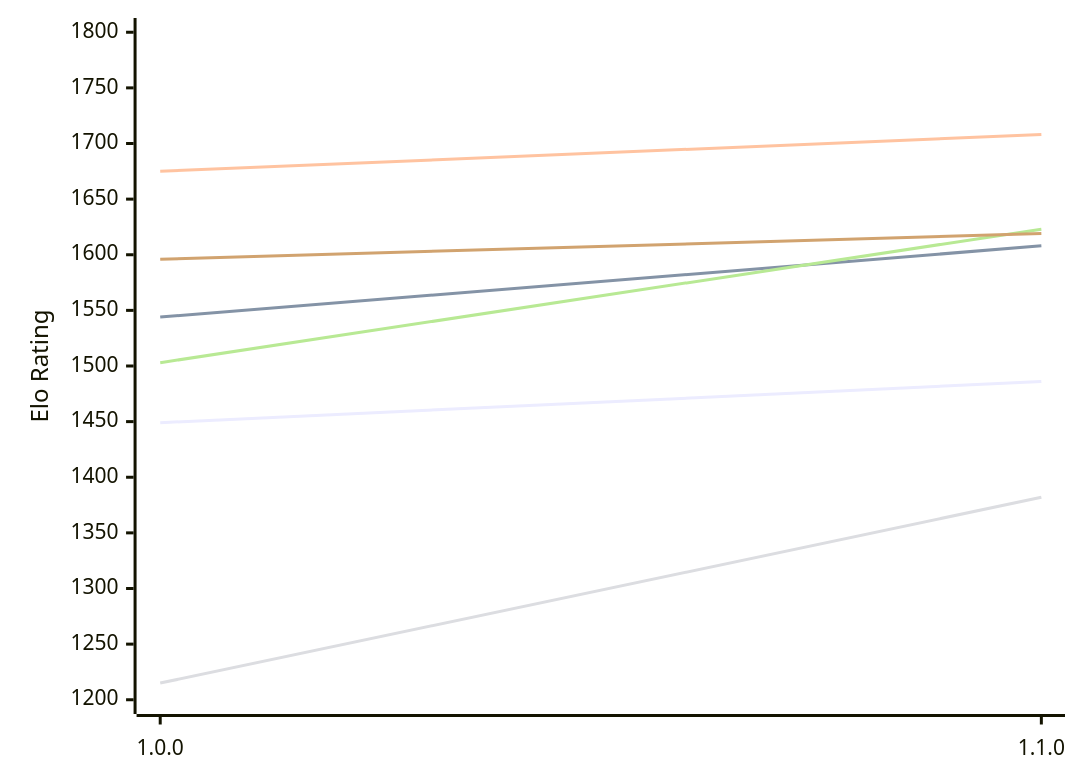
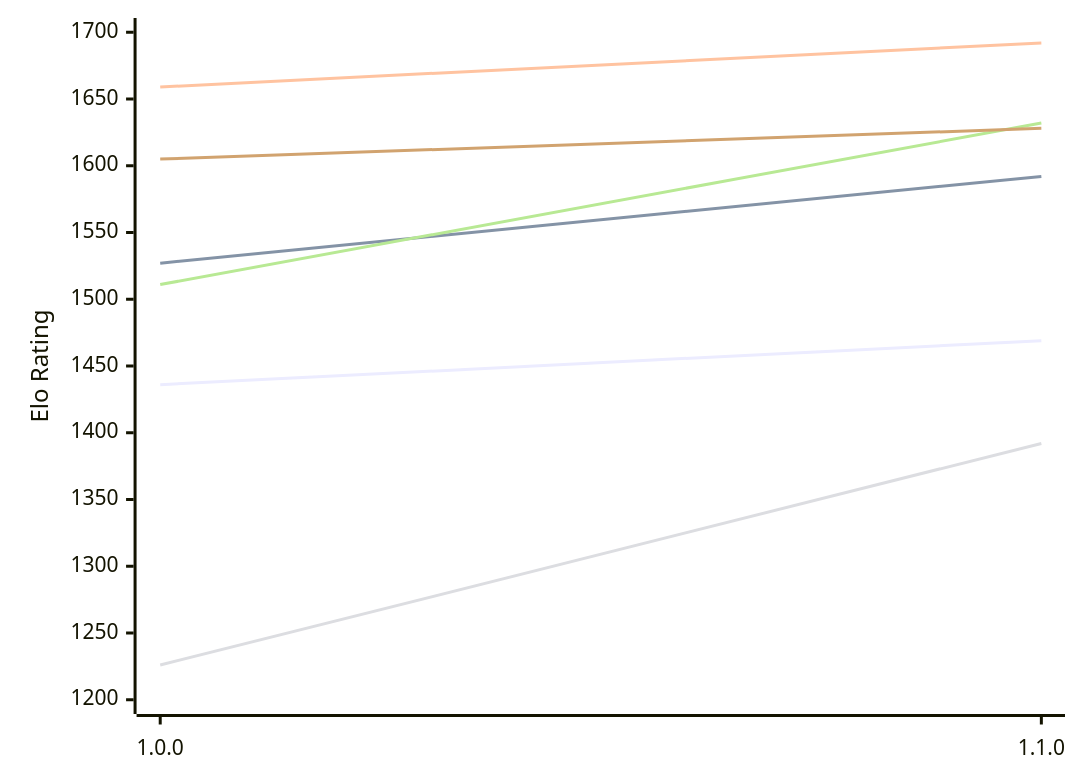
The diagram in engines/Klak.md (computer-chess-index/cci), drawn with Mermaid before and after one commit. The commit also changed other lines of this file, not shown here.

Commit message:
Update CCI Ratings (ELO VLTC) - 2026-11-12

````diff
--- a/engines/Klak.md
+++ b/engines/Klak.md
@@ -49,12 +49,12 @@
 ```mermaid
 %%{init: {"theme":"base","themeVariables":{"seriesColors:['#a3a3a3','#222221','#faa371']}}}%%
 xychart-beta
   x-axis ["1.0.0", "1.1.0"]
-  y-axis "Elo Rating" 1200 --> 1800
-  line "E1: STC (8.0+0.08s)" [1449, 1486]
-  line "E1: LTC (60.0+0.60s)" [1544, 1608]
-  line "E1: VLTC (2m24s+1.12s)" [1675, 1708]
-  line "P1: STC (8.0+0.08s)" [1215, 1382]
-  line "P1: LTC (60.0+0.60s)" [1503, 1623]
-  line "P1: VLTC (2m24s+1.12s)" [1596, 1619]
+  y-axis "Elo Rating" 1200 --> 1700
+  line "E1: STC (8.0+0.08s)" [1436, 1469]
+  line "E1: LTC (60.0+0.60s)" [1527, 1592]
+  line "E1: VLTC (2m24s+1.12s)" [1659, 1692]
+  line "P1: STC (8.0+0.08s)" [1226, 1392]
+  line "P1: LTC (60.0+0.60s)" [1511, 1632]
+  line "P1: VLTC (2m24s+1.12s)" [1605, 1628]
 ```
````
